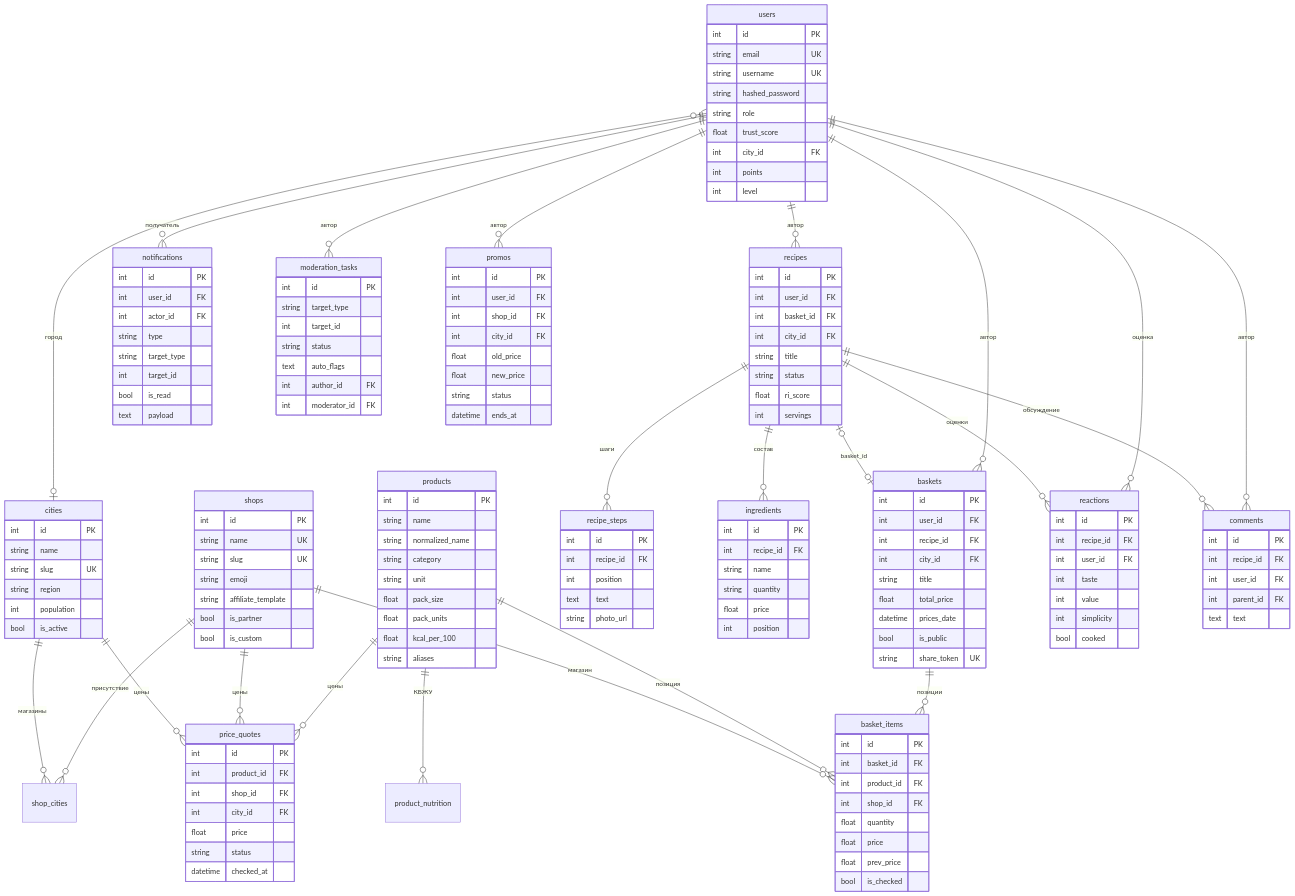
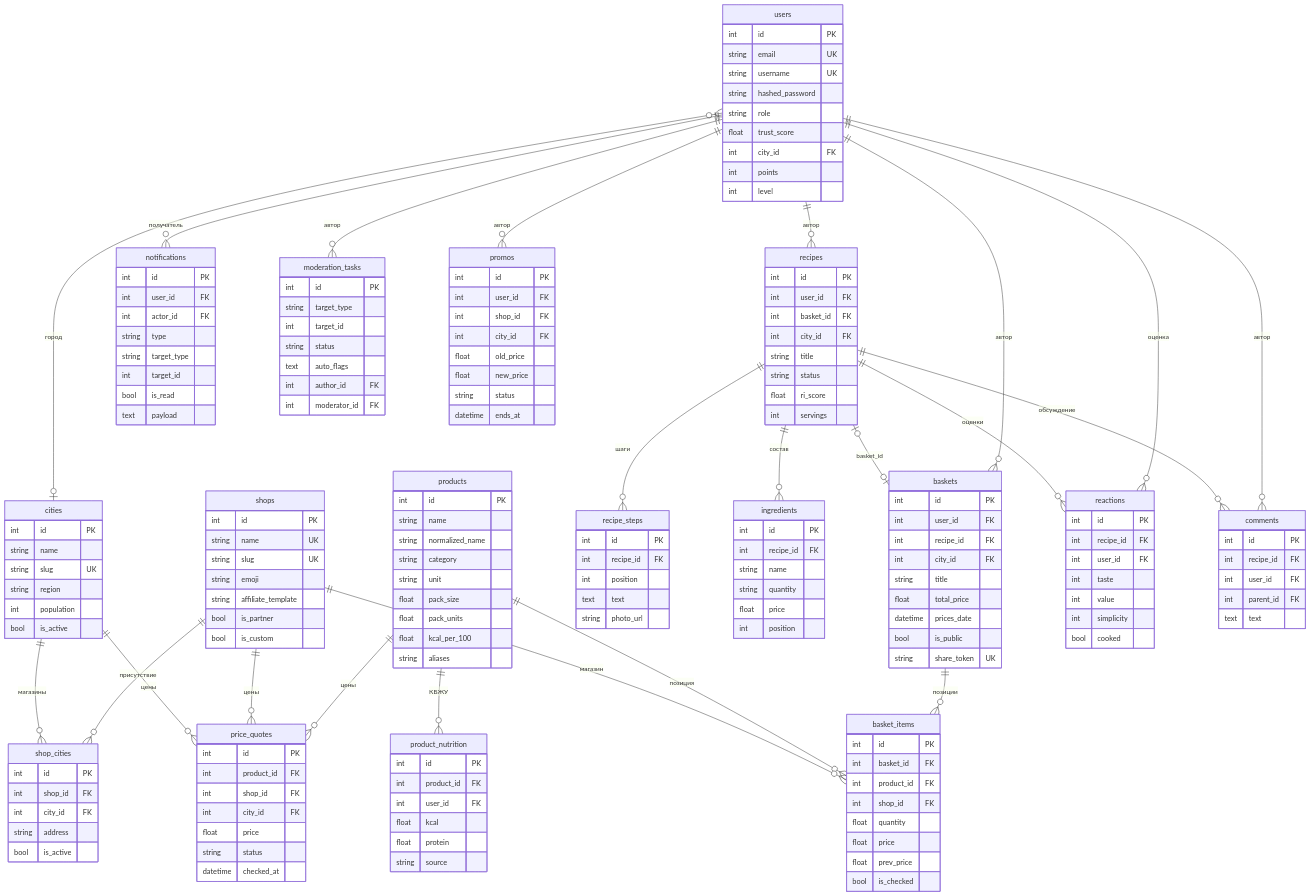
One commit to zaqaqaq/RecartlyProd changed the diagram in docs/DATA_MODEL.md. Above: the diagram before and after it, drawn with Mermaid. The commit also changed other lines of this file and 6 other files, not shown here.

```diff
--- a/docs/DATA_MODEL.md
+++ b/docs/DATA_MODEL.md
@@ -63,6 +63,13 @@
         bool is_partner
         bool is_custom
     }
+    shop_cities {
+        int id PK
+        int shop_id FK
+        int city_id FK
+        string address
+        bool is_active
+    }
     products {
         int id PK
         string name
@@ -73,6 +80,14 @@
         float pack_units
         float kcal_per_100
         string aliases
+    }
+    product_nutrition {
+        int id PK
+        int product_id FK
+        int user_id FK
+        float kcal
+        float protein
+        string source
     }
     price_quotes {
         int id PK
```
